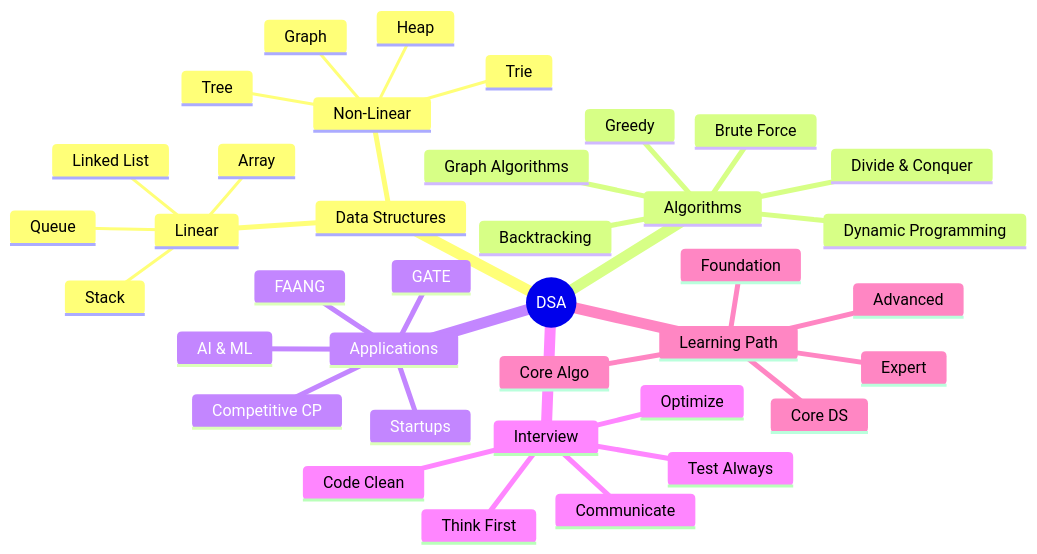
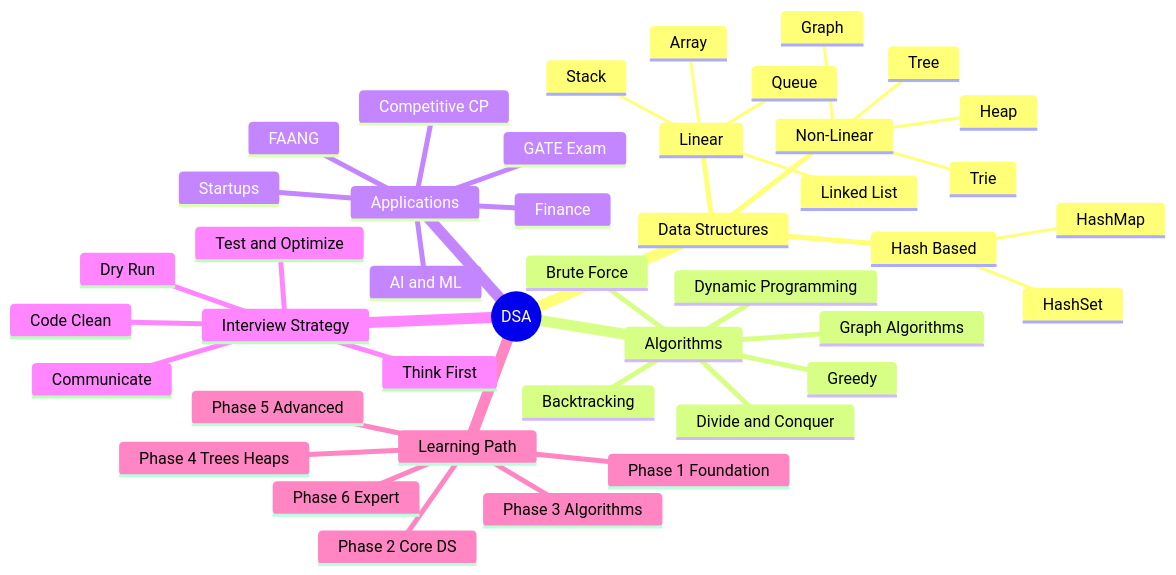
One commit to Kshitijgul/Notes changed diagram 12 of 12 in DSA/01-Introduction.md. Above: the diagram before and after it, drawn with Mermaid. The commit also changed other lines of this file and 1 other file, not shown here.

````diff
--- a/DSA/01-Introduction.md
+++ b/DSA/01-Introduction.md
@@ -1397,40 +1632,45 @@
 ```mermaid
 mindmap
   root((DSA))
     Data Structures
       Linear
         Array
         Linked List
         Stack
         Queue
       Non-Linear
         Tree
         Graph
         Heap
         Trie
+      Hash Based
+        HashMap
+        HashSet
     Algorithms
       Brute Force
-      Divide & Conquer
+      Divide and Conquer
       Greedy
       Dynamic Programming
       Backtracking
       Graph Algorithms
     Applications
       FAANG
       Startups
-      GATE
+      GATE Exam
       Competitive CP
-      AI & ML
-    Interview
+      AI and ML
+      Finance
+    Interview Strategy
       Think First
       Communicate
+      Dry Run
       Code Clean
-      Test Always
-      Optimize
+      Test and Optimize
     Learning Path
-      Foundation
-      Core DS
-      Core Algo
-      Advanced
-      Expert
+      Phase 1 Foundation
+      Phase 2 Core DS
+      Phase 3 Algorithms
+      Phase 4 Trees Heaps
+      Phase 5 Advanced
+      Phase 6 Expert
 ```
````
